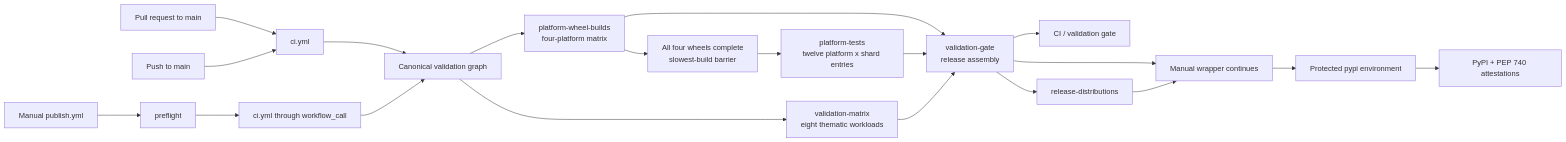
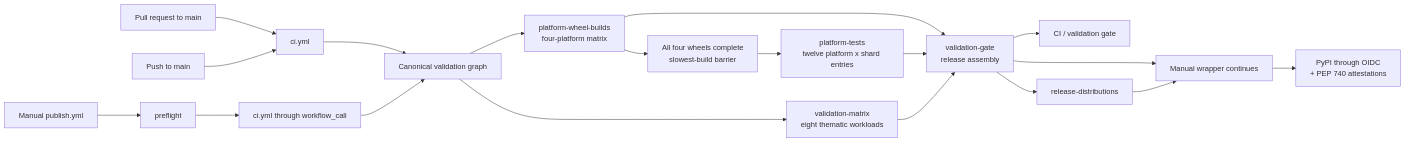
The diagram in docs/project/ci-cd.md (bgallan/schema-sanitizer), drawn with Mermaid before and after one commit. The commit also changed other lines of this file and 12 other files, not shown here.

````diff
--- a/docs/project/ci-cd.md
+++ b/docs/project/ci-cd.md
@@ -27,24 +27,23 @@
 ```mermaid
 flowchart LR
     PR[Pull request to main] --> CI[ci.yml]
     MAIN[Push to main] --> CI
     MANUAL[Manual publish.yml] --> PREFLIGHT[preflight]
     PREFLIGHT --> REUSE[ci.yml through workflow_call]
 
     CI --> VALIDATION[Canonical validation graph]
     REUSE --> VALIDATION
     VALIDATION --> BUILDS[platform-wheel-builds<br/>four-platform matrix]
     VALIDATION --> OWNERS[validation-matrix<br/>eight thematic workloads]
     BUILDS --> BARRIER[All four wheels complete<br/>slowest-build barrier]
     BARRIER --> TESTS[platform-tests<br/>twelve platform x shard entries]
     BUILDS --> GATE[validation-gate<br/>release assembly]
     TESTS --> GATE
     OWNERS --> GATE
 
     GATE --> CHECK[CI / validation gate]
     GATE --> ARTIFACT[release-distributions]
     GATE --> PUBLISH[Manual wrapper continues]
     ARTIFACT --> PUBLISH
-    PUBLISH --> ENV[Protected pypi environment]
-    ENV --> PYPI[PyPI + PEP 740 attestations]
+    PUBLISH --> PYPI[PyPI through OIDC<br/>+ PEP 740 attestations]
 ```
````
